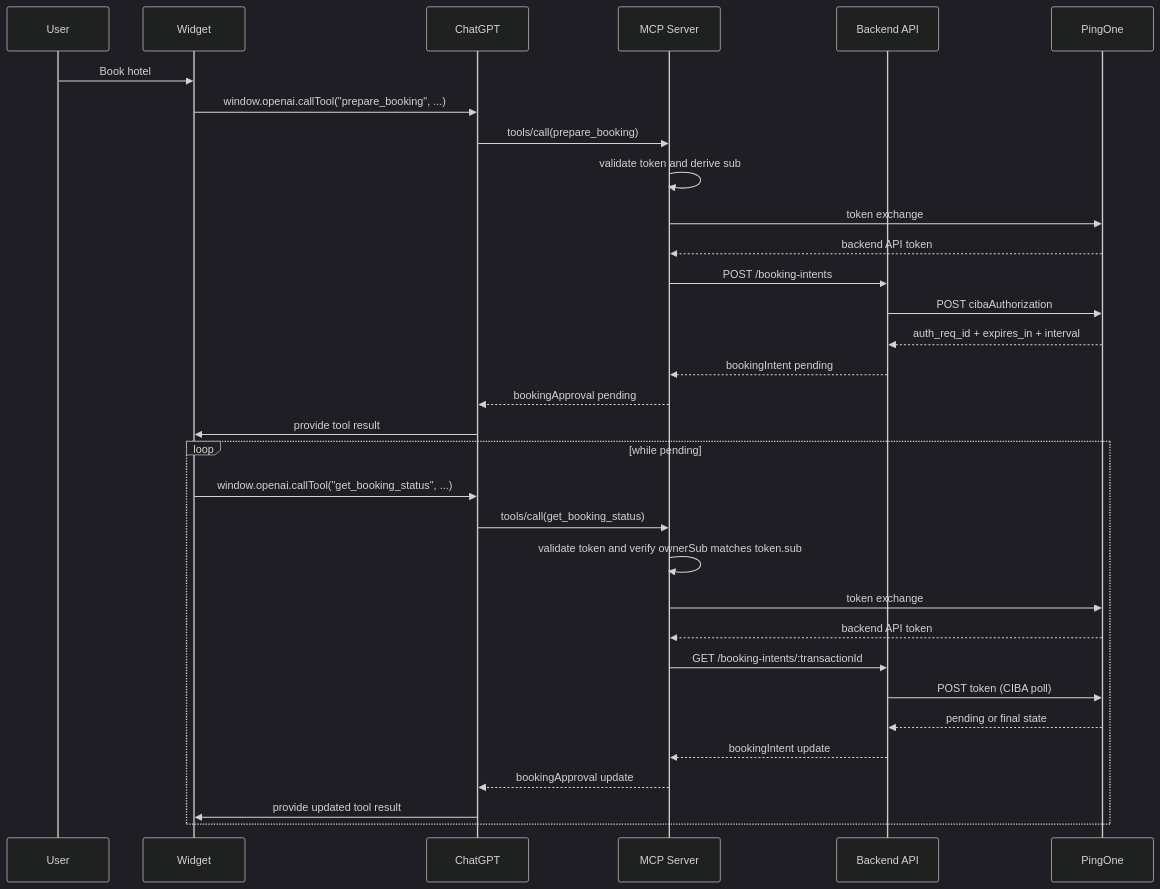
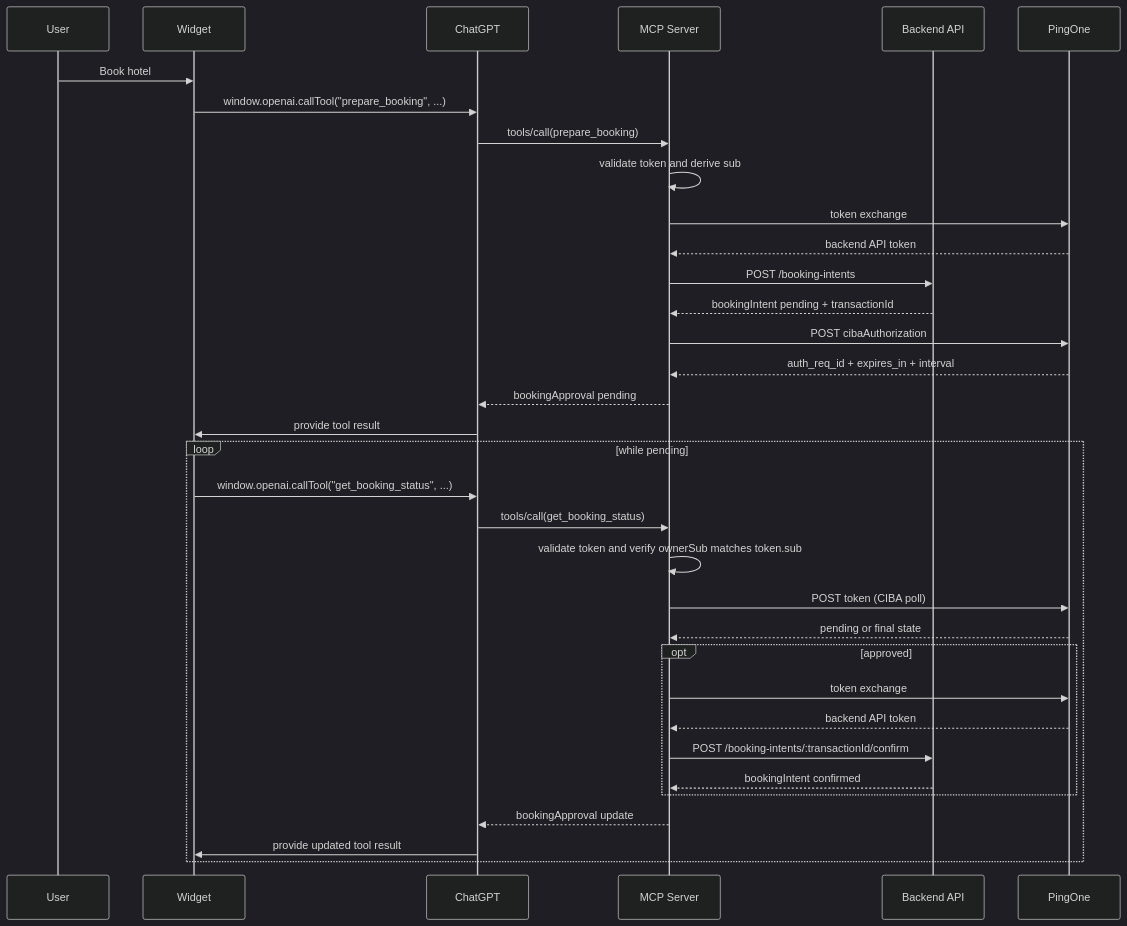
One commit to carbonefederico/ai-myhotels-chatgpt-app changed the fourth of 4 diagrams in README.md. Above: the diagram before and after it, drawn with Mermaid (dark theme). The commit also changed other lines of this file and 11 other files, not shown here.

Commit message:
Move booking approval orchestration to MCP

````diff
--- a/README.md
+++ b/README.md
@@ -292,36 +298,38 @@
 ```mermaid
 sequenceDiagram
     participant U as User
     participant W as Widget
     participant CG as ChatGPT
     participant MCP as MCP Server
     participant API as Backend API
     participant P1 as PingOne
 
     U->>W: Book hotel
     W->>CG: window.openai.callTool("prepare_booking", ...)
     CG->>MCP: tools/call(prepare_booking)
     MCP->>MCP: validate token and derive sub
     MCP->>P1: token exchange
     P1-->>MCP: backend API token
     MCP->>API: POST /booking-intents
-    API->>P1: POST cibaAuthorization
-    P1-->>API: auth_req_id + expires_in + interval
-    API-->>MCP: bookingIntent pending
+    API-->>MCP: bookingIntent pending + transactionId
+    MCP->>P1: POST cibaAuthorization
+    P1-->>MCP: auth_req_id + expires_in + interval
     MCP-->>CG: bookingApproval pending
     CG->>W: provide tool result
 
     loop while pending
         W->>CG: window.openai.callTool("get_booking_status", ...)
         CG->>MCP: tools/call(get_booking_status)
         MCP->>MCP: validate token and verify ownerSub matches token.sub
-        MCP->>P1: token exchange
-        P1-->>MCP: backend API token
-        MCP->>API: GET /booking-intents/:transactionId
-        API->>P1: POST token (CIBA poll)
-        P1-->>API: pending or final state
-        API-->>MCP: bookingIntent update
+        MCP->>P1: POST token (CIBA poll)
+        P1-->>MCP: pending or final state
+        opt approved
+            MCP->>P1: token exchange
+            P1-->>MCP: backend API token
+            MCP->>API: POST /booking-intents/:transactionId/confirm
+            API-->>MCP: bookingIntent confirmed
+        end
         MCP-->>CG: bookingApproval update
         CG->>W: provide updated tool result
     end
 ```
````
